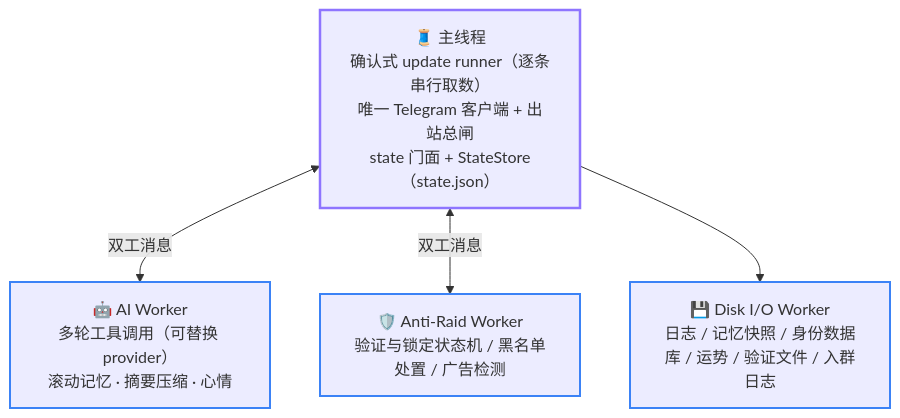
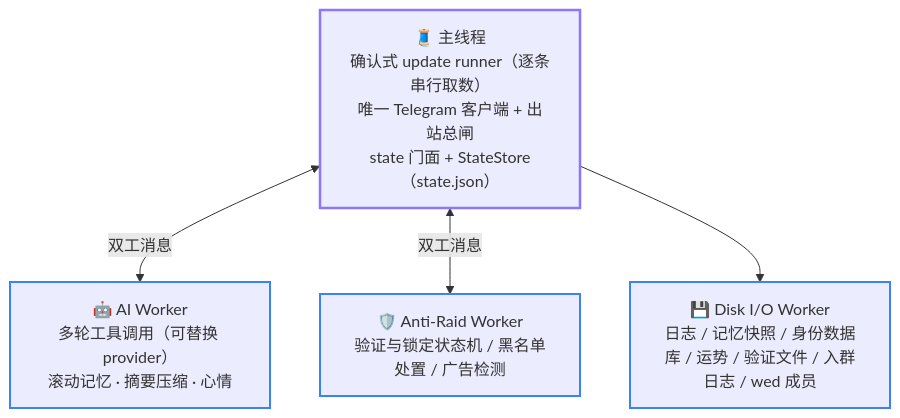
The first of 2 diagrams in docs/cn/02-architecture.md (Asashishi/copy_ninjia), drawn with Mermaid before and after one commit. The commit also changed other lines of this file and 313 other files, not shown here.

````diff
--- a/docs/cn/02-architecture.md
+++ b/docs/cn/02-architecture.md
@@ -17,14 +17,14 @@
 ```mermaid
 flowchart TD
     classDef main stroke:#8e75ff,stroke-width:2.5px;
     classDef worker stroke:#3b82f6,stroke-width:2px;
 
     MAIN["🧵 主线程<br/>确认式 update runner（逐条串行取数）<br/>唯一 Telegram 客户端 + 出站总闸<br/>state 门面 + StateStore（state.json）"]:::main
     AI["🤖 AI Worker<br/>多轮工具调用（可替换 provider）<br/>滚动记忆 · 摘要压缩 · 心情"]:::worker
     RAID["🛡️ Anti-Raid Worker<br/>验证与锁定状态机 / 黑名单处置 / 广告检测"]:::worker
-    DISK["💾 Disk I/O Worker<br/>日志 / 记忆快照 / 身份数据库 / 运势 / 验证文件 / 入群日志"]:::worker
+    DISK["💾 Disk I/O Worker<br/>日志 / 记忆快照 / 身份数据库 / 运势 / 验证文件 / 入群日志 / wed 成员"]:::worker
 
     MAIN <-->|双工消息| AI
     MAIN <-->|双工消息| RAID
     MAIN --> DISK
 ```
````
